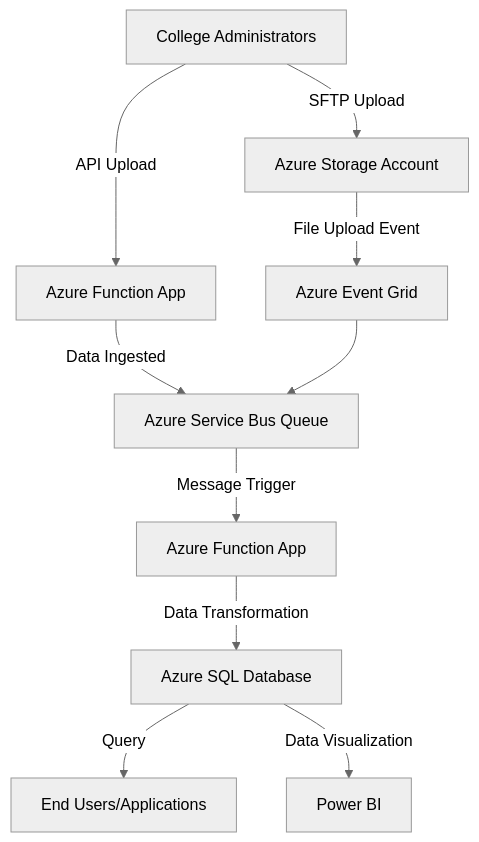
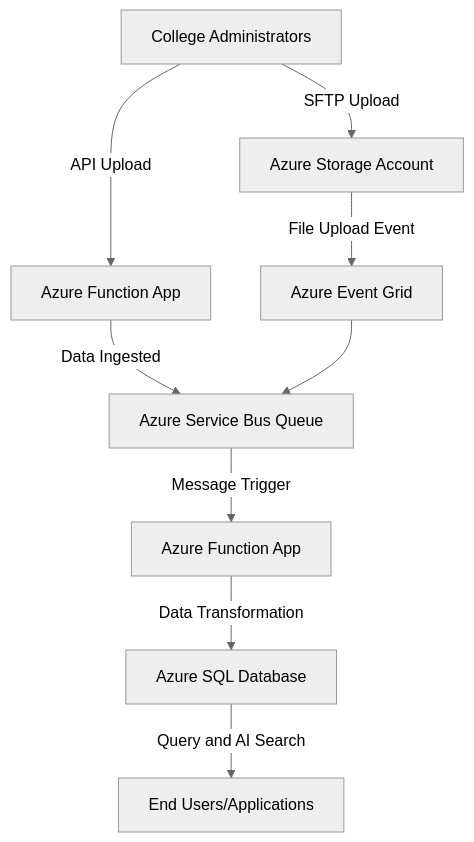
Before and after one commit to oigbokwe73/Data-Ingestion-Azure-Service-Bus-To-SQL: the diagram in README.md, drawn with Mermaid (neutral theme).

````diff
--- a/README.md
+++ b/README.md
@@ -26,12 +26,11 @@
 ```mermaid
 graph TD
     A[College Administrators] -->|API Upload| B[Azure Function App]
     A -->|SFTP Upload| C[Azure Storage Account]
     C -->|File Upload Event| D[Azure Event Grid]
     B -->|Data Ingested| E[Azure Service Bus Queue]
     D --> E
     E -->|Message Trigger| F[Azure Function App]
     F -->|Data Transformation| G[Azure SQL Database]
-    G -->|Query| H[End Users/Applications]
-    G -->|Data Visualization| I[Power BI]
+    G -->|Query and AI Search| H[End Users/Applications]
 ```
````
